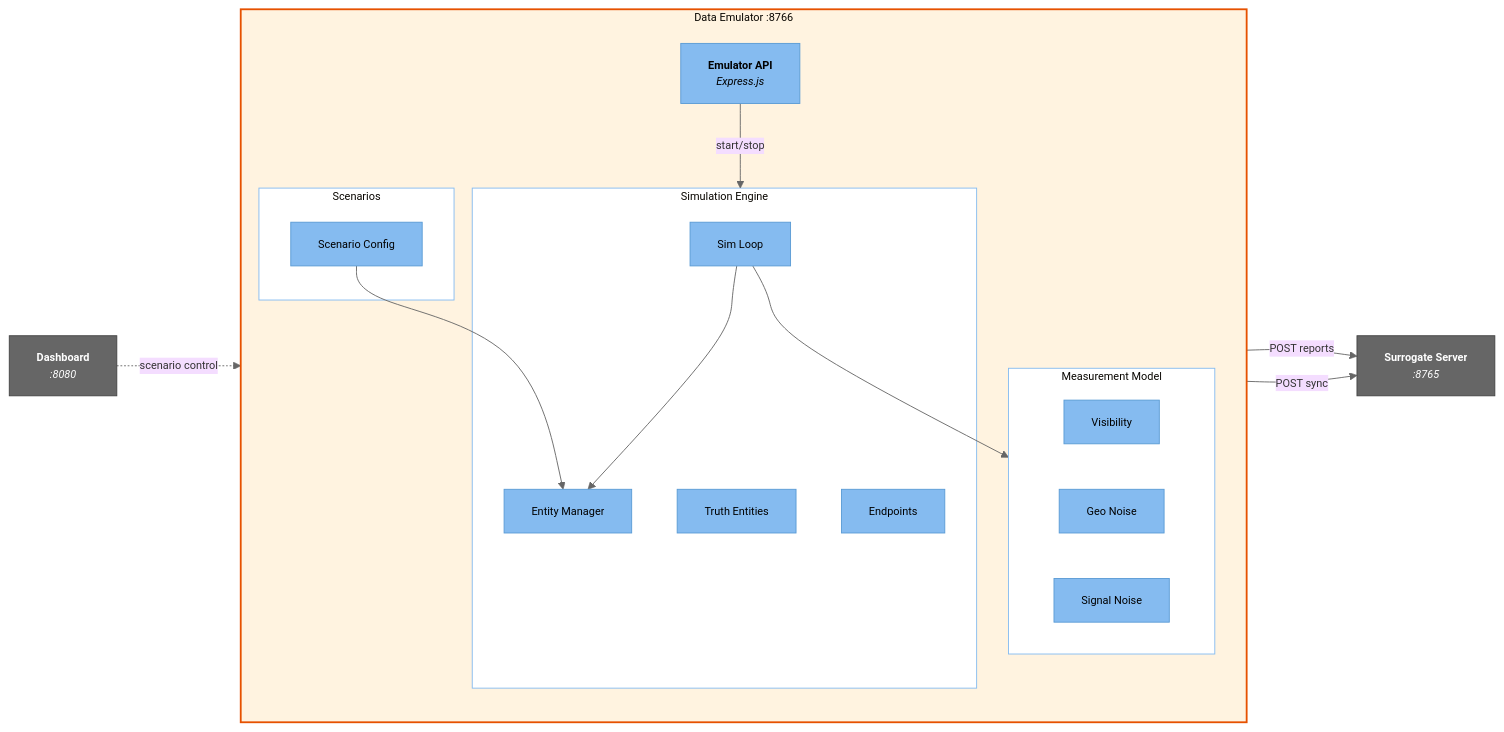
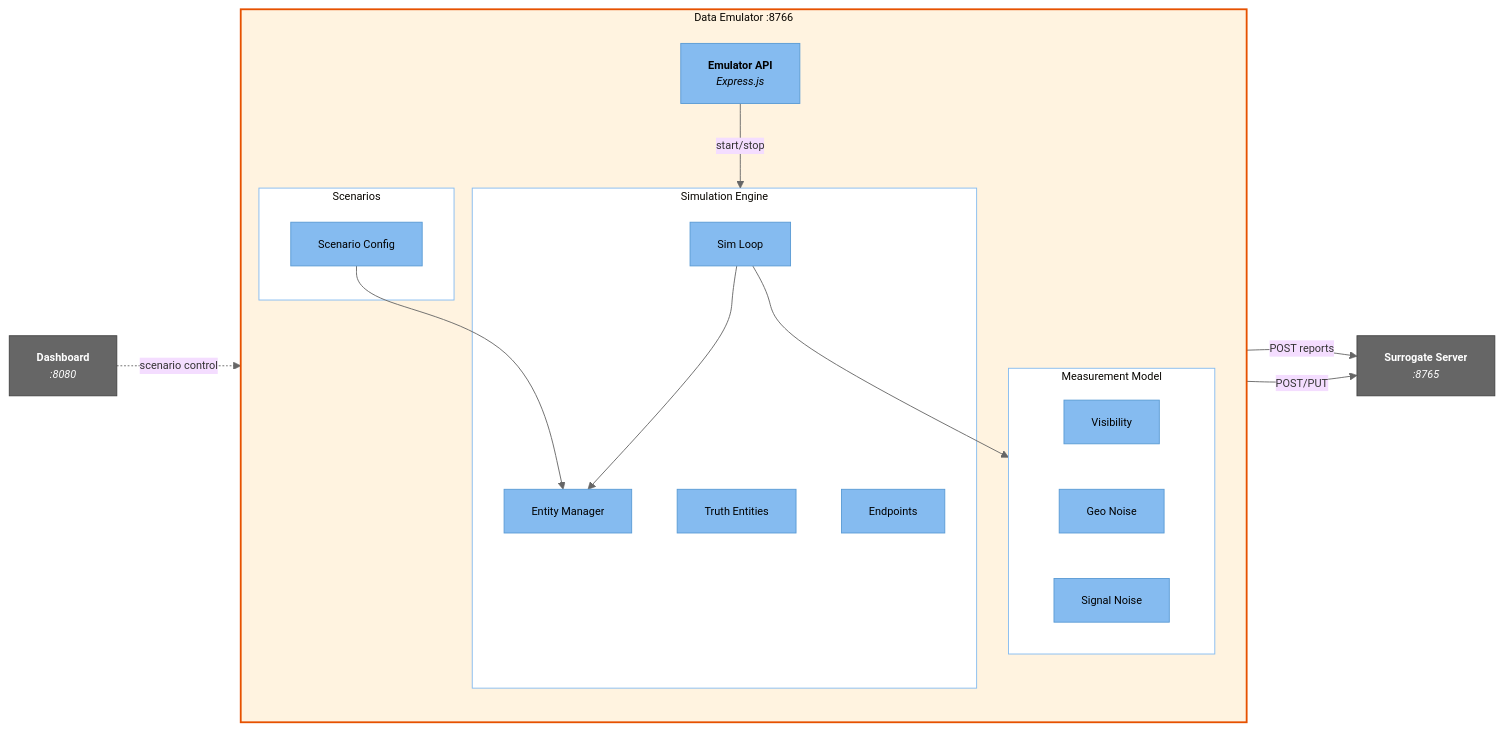
Before and after one commit to ericpauls/disco_workspace: the fifth of 6 diagrams in docs/c4-architecture-diagram.md, drawn with Mermaid. The commit also changed 2 other files, not shown here.

Commit message:
feat: POST/PUT live world pattern and update submodule + docs
Update emulator submodule to use proper POST/PUT live world updates
with server-assigned UUIDs instead of custom /sync endpoint.
Update architecture diagrams to reflect the new data flow.

````diff
--- a/docs/c4-architecture-diagram.md
+++ b/docs/c4-architecture-diagram.md
@@ -213,47 +213,47 @@
 ```mermaid
 %%{init: {'theme': 'base', 'themeVariables': { 'lineColor': '#666', 'fontSize': '12px'}}}%%
 flowchart LR
     subgraph emu["Data Emulator :8766"]
         direction TB
         emu_api["<b>Emulator API</b><br/><i>Express.js</i>"]
 
         subgraph sim["Simulation Engine"]
             loop["Sim Loop"]
             mgr["Entity Manager"]
             truth["Truth Entities"]
             endpoints["Endpoints"]
         end
 
         subgraph measurement["Measurement Model"]
             visibility["Visibility"]
             geo_noise["Geo Noise"]
             sig_noise["Signal Noise"]
         end
 
         subgraph scenarios_box["Scenarios"]
             scenario_cfg["Scenario Config"]
         end
 
         emu_api -->|start/stop| sim
         loop --> mgr
         loop --> measurement
         scenario_cfg --> mgr
     end
 
     server["<b>Surrogate Server</b><br/><i>:8765</i>"]
     dashboard["<b>Dashboard</b><br/><i>:8080</i>"]
 
     endpoints -->|POST reports| server
-    truth -->|POST sync| server
+    truth -->|POST/PUT| server
     dashboard -.->|scenario control| emu_api
 
     classDef comp fill:#85BBF0,stroke:#5A9BD5,color:#000
     classDef sbox fill:#FFF3E0,stroke:#E65100,stroke-width:2px
     classDef ext fill:#666,stroke:#444,color:#fff
     classDef inner fill:#fff,stroke:#85BBF0,stroke-width:1px
 
     class emu_api,loop,mgr,truth,endpoints,visibility,geo_noise,sig_noise,scenario_cfg comp
     class emu sbox
     class server,dashboard ext
     class sim,measurement,scenarios_box inner
 ```
````
